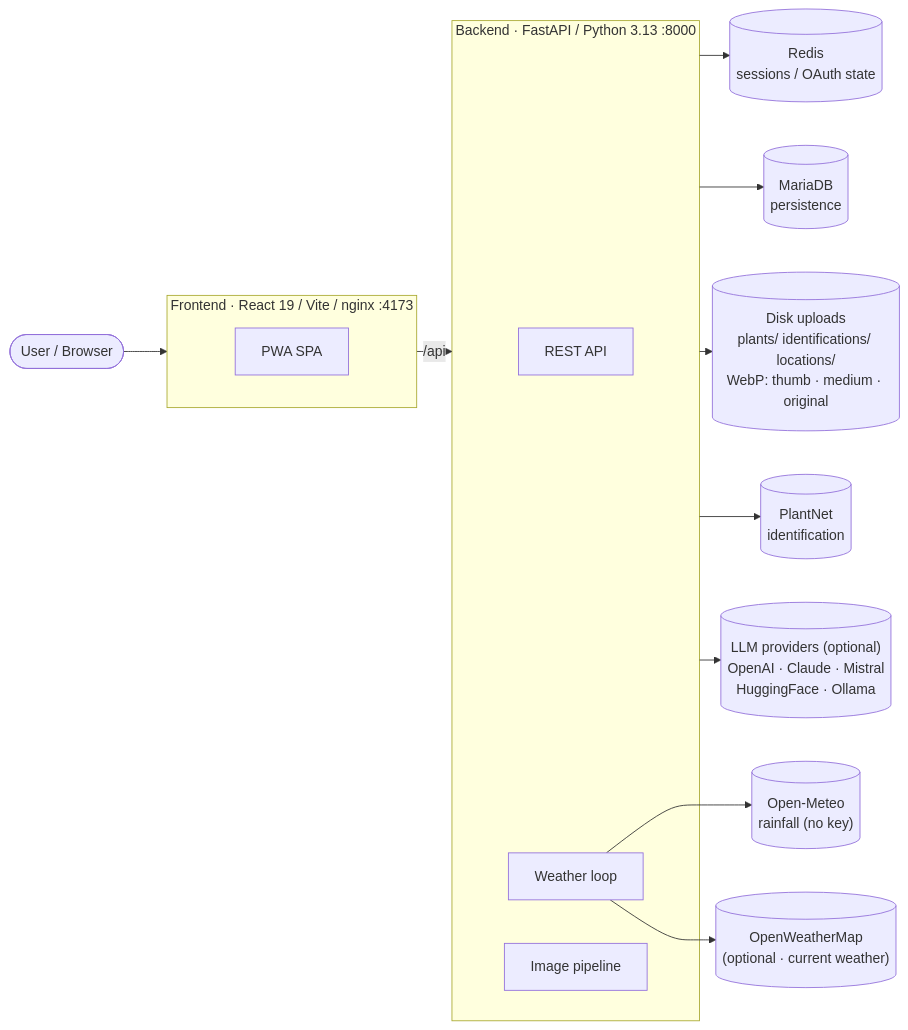
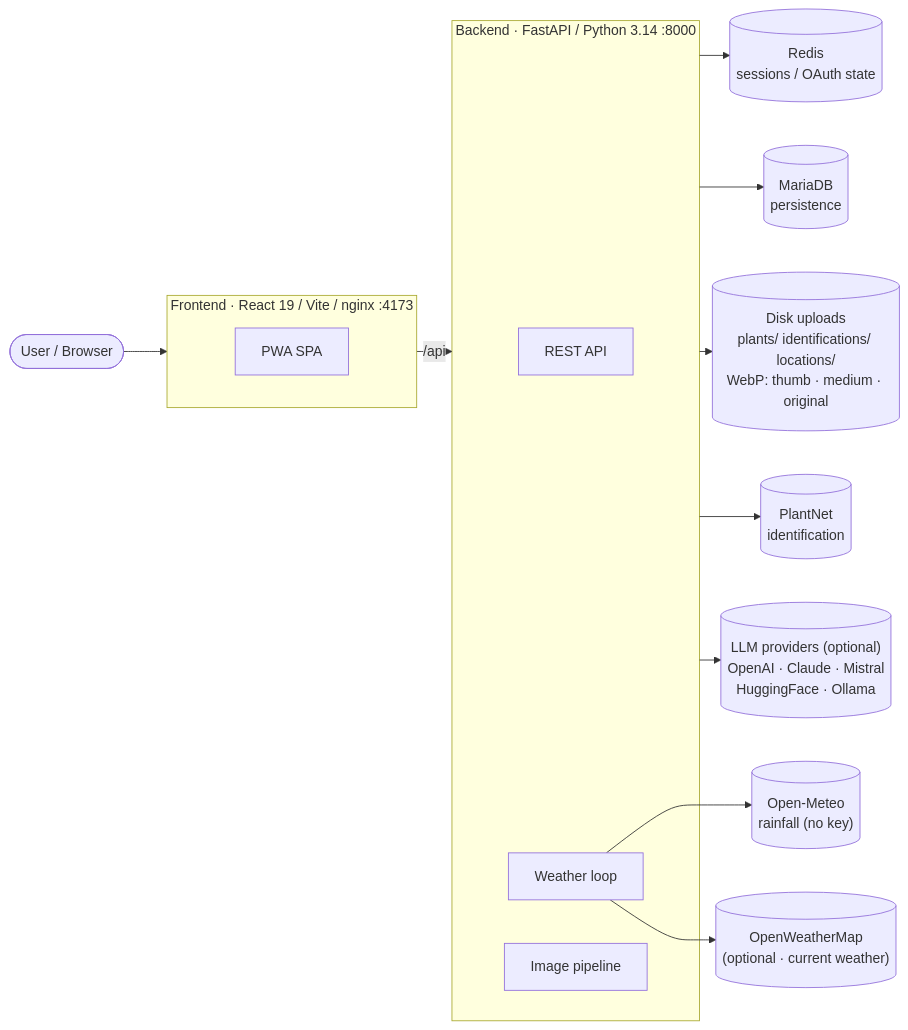
Before and after one commit to 0x3e4/pflanzn: the diagram in README.md, drawn with Mermaid. The commit also changed other lines of this file and 1 other file, not shown here.

Commit message:
docs: Python 3.14 and AI-assisted development note in README

````diff
--- a/README.md
+++ b/README.md
@@ -92,33 +92,33 @@
 ```mermaid
 flowchart LR
     User([User / Browser])
 
     subgraph Frontend["Frontend · React 19 / Vite / nginx :4173"]
         SPA[PWA SPA]
     end
 
-    subgraph Backend["Backend · FastAPI / Python 3.13 :8000"]
+    subgraph Backend["Backend · FastAPI / Python 3.14 :8000"]
         API[REST API]
         Weather[Weather loop]
         Image[Image pipeline]
     end
 
     Redis[("Redis<br/>sessions / OAuth state")]
     Maria[("MariaDB<br/>persistence")]
     Uploads[("Disk uploads<br/>plants/ identifications/ locations/<br/>WebP: thumb · medium · original")]
 
     PlantNet[("PlantNet<br/>identification")]
     LLM[("LLM providers (optional)<br/>OpenAI · Claude · Mistral<br/>HuggingFace · Ollama")]
     Meteo[("Open-Meteo<br/>rainfall (no key)")]
     OWM[("OpenWeatherMap<br/>(optional · current weather)")]
 
     User --> Frontend
     Frontend -->|/api| Backend
     Backend --> Redis
     Backend --> Maria
     Backend --> Uploads
     Backend --> PlantNet
     Backend --> LLM
     Weather --> Meteo
     Weather --> OWM
 ```
````
